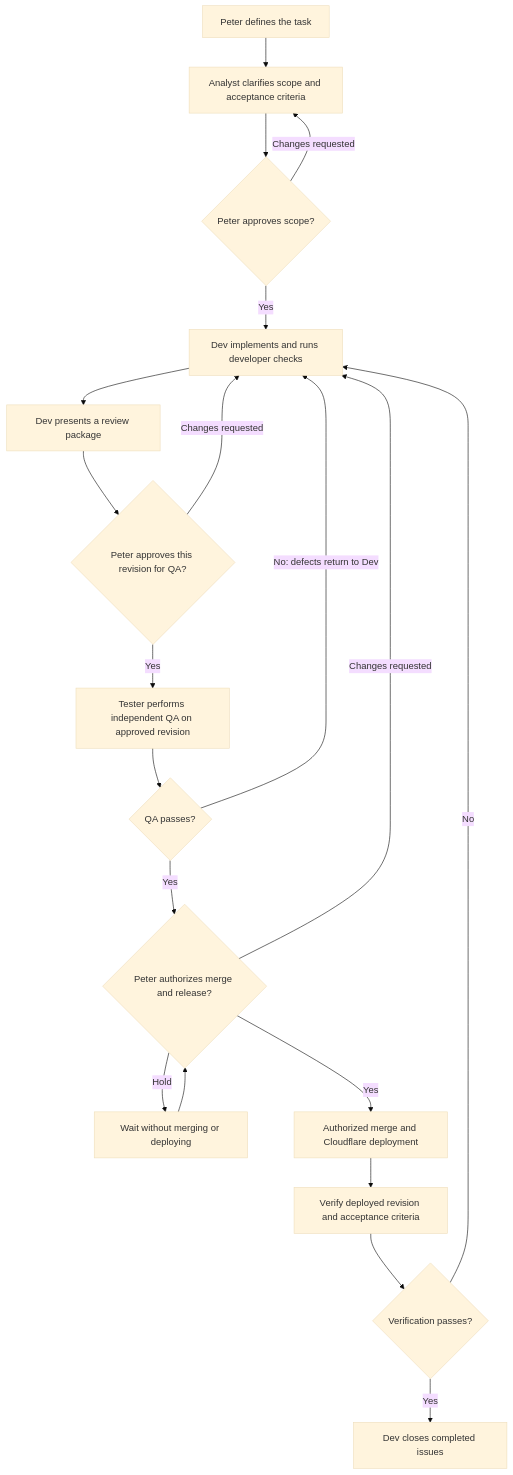
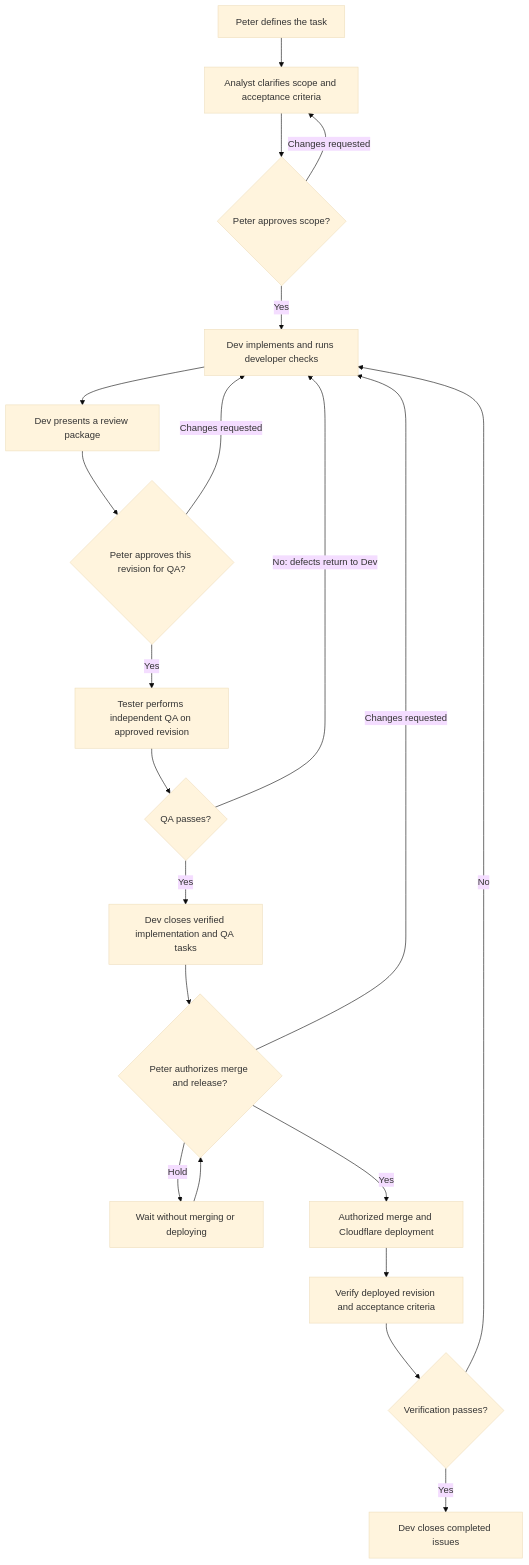
Before and after one commit to PeterMacko/Bearmatics: the diagram in README.md, drawn with Mermaid (base theme). The commit also changed other lines of this file and 23 other files, not shown here.

````diff
--- a/README.md
+++ b/README.md
@@ -18,22 +45,23 @@
 ```mermaid
 flowchart TD
     A[Peter defines the task] --> B[Analyst clarifies scope and acceptance criteria]
     B --> C{Peter approves scope?}
     C -->|Changes requested| B
     C -->|Yes| D[Dev implements and runs developer checks]
     D --> E[Dev presents a review package]
     E --> F{Peter approves this revision for QA?}
     F -->|Changes requested| D
     F -->|Yes| G[Tester performs independent QA on approved revision]
     G --> H{QA passes?}
     H -->|No: defects return to Dev| D
-    H -->|Yes| I{Peter authorizes merge and release?}
+    H -->|Yes| V[Dev closes verified implementation and QA tasks]
+    V --> I{Peter authorizes merge and release?}
     I -->|Changes requested| D
     I -->|Hold| J[Wait without merging or deploying]
     J --> I
     I -->|Yes| K[Authorized merge and Cloudflare deployment]
     K --> L[Verify deployed revision and acceptance criteria]
     L --> M{Verification passes?}
     M -->|No| D
     M -->|Yes| N[Dev closes completed issues]
 ```
````
